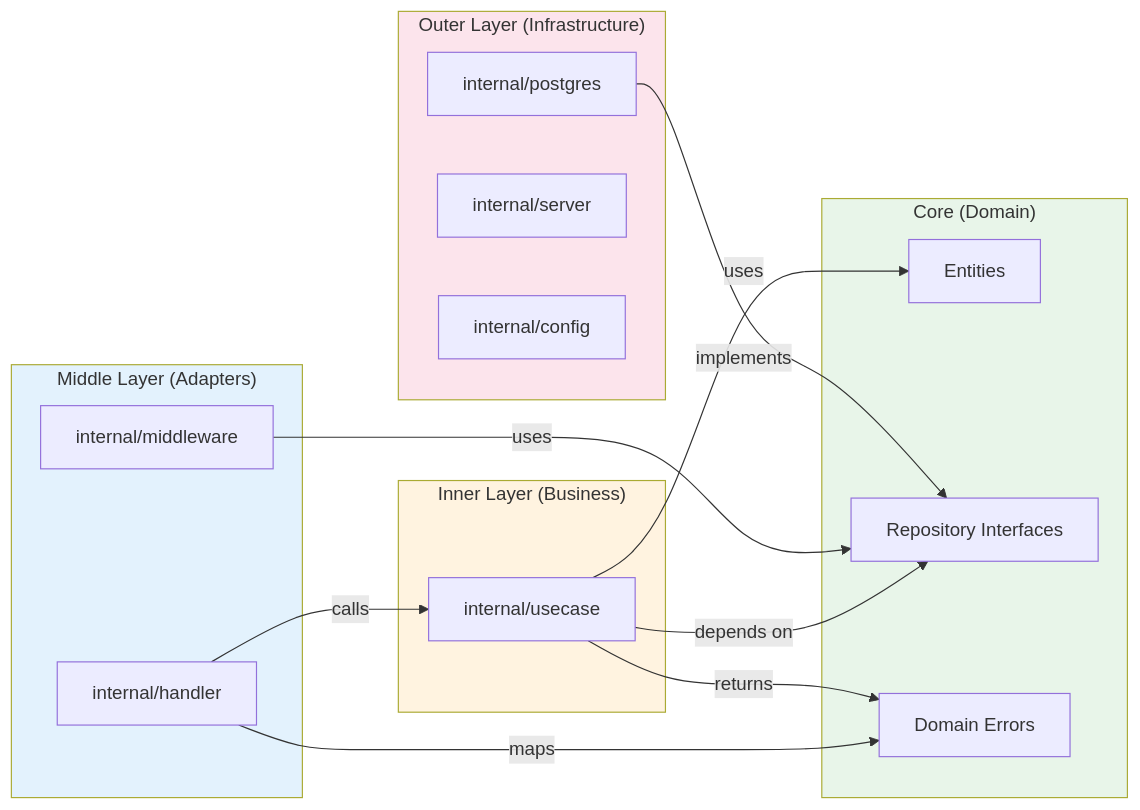
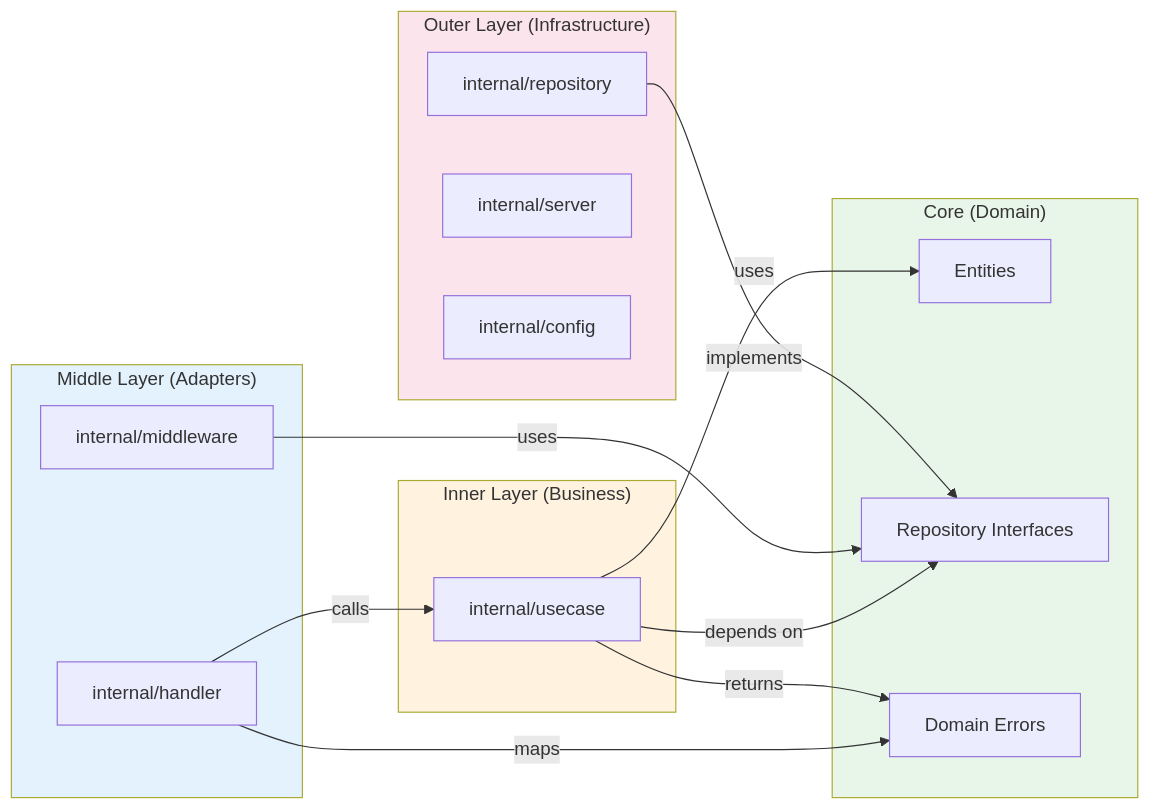
The second of 7 diagrams in docs/content/docs/guide/architecture.md (lbrty/observer), drawn with Mermaid before and after one commit. The commit also changed other lines of this file and 29 other files, not shown here.

````diff
--- a/docs/content/docs/guide/architecture.md
+++ b/docs/content/docs/guide/architecture.md
@@ -34,36 +34,36 @@
 ```mermaid
 graph LR
     subgraph Outer["Outer Layer (Infrastructure)"]
-        PG[internal/postgres]
+        PG[internal/repository]
         SRV[internal/server]
         CFG[internal/config]
     end
 
     subgraph Middle["Middle Layer (Adapters)"]
         HDL[internal/handler]
         MDW[internal/middleware]
     end
 
     subgraph Inner["Inner Layer (Business)"]
         UC[internal/usecase]
     end
 
     subgraph Core["Core (Domain)"]
         ENT[Entities]
         IFACE[Repository Interfaces]
         ERR[Domain Errors]
     end
 
     PG -->|implements| IFACE
     HDL -->|calls| UC
     MDW -->|uses| IFACE
     UC -->|depends on| IFACE
     UC -->|uses| ENT
     UC -->|returns| ERR
     HDL -->|maps| ERR
 
     style Core fill:#e8f5e9
     style Inner fill:#fff3e0
     style Middle fill:#e3f2fd
     style Outer fill:#fce4ec
 ```
````
